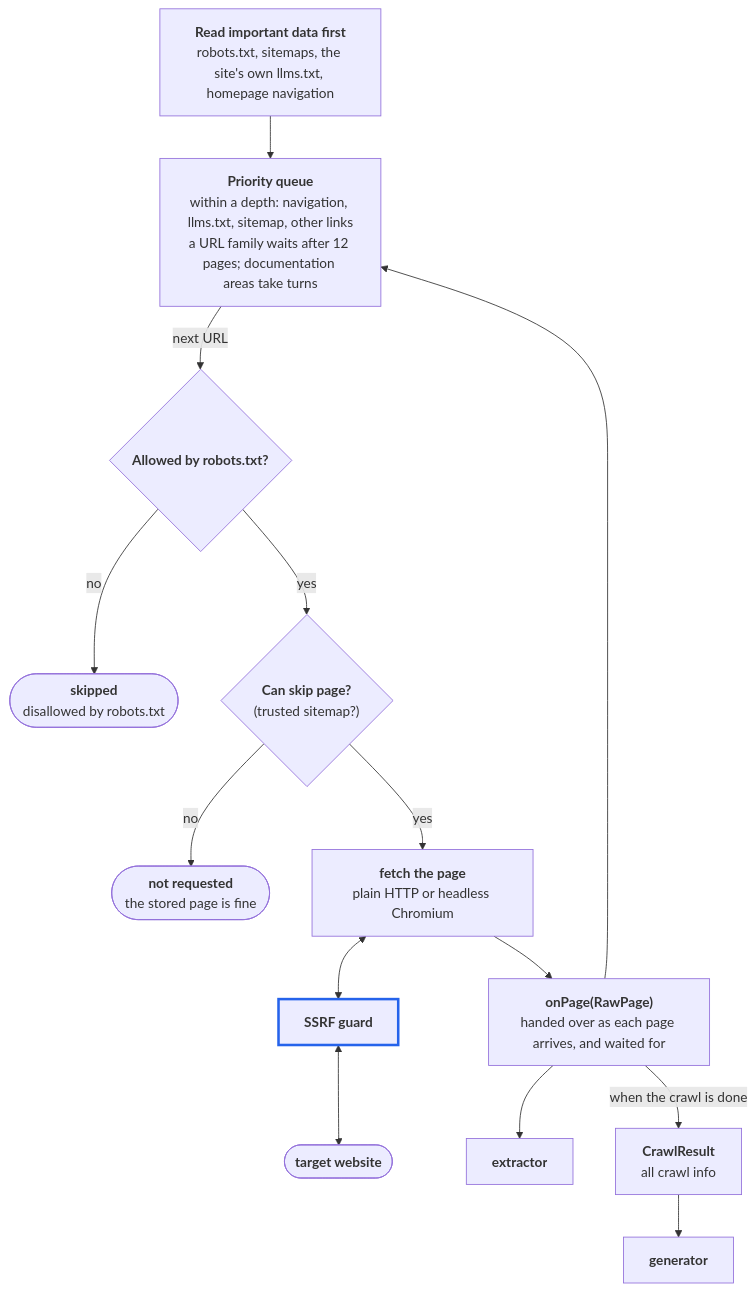
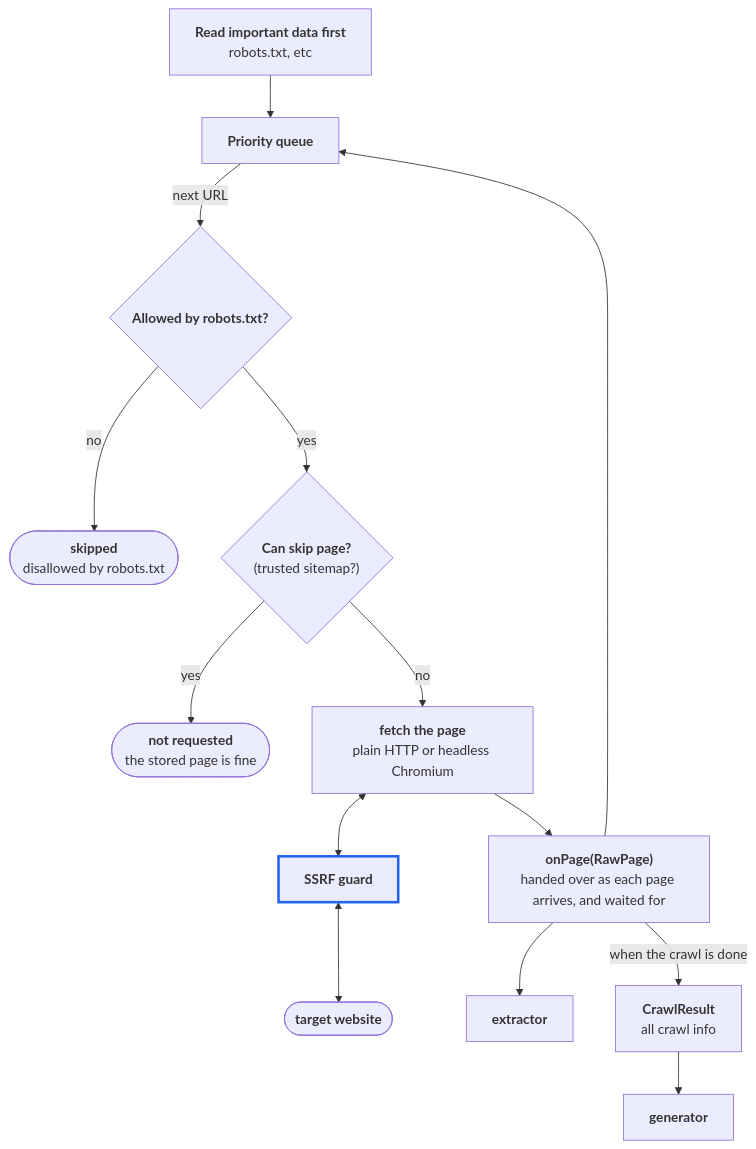
One commit to nevertooserious/llms-txt-ben-lucato changed the third of 8 diagrams in docs/design/README.md. Above: the diagram before and after it, drawn with Mermaid. The commit also changed other lines of this file, not shown here.

First line of the commit message:
Trim the system overview and crawler diagrams

````diff
--- a/docs/design/README.md
+++ b/docs/design/README.md
@@ -63,32 +63,32 @@
 ```mermaid
 flowchart TD
-  discover["<b>Read important data first</b><br/>robots.txt, sitemaps, the site's own llms.txt, homepage navigation"]
-  frontier["<b>Priority queue</b><br/>within a depth: navigation, llms.txt, sitemap, other links<br/>a URL family waits after 12 pages; documentation areas take turns"]
+  discover["<b>Read important data first</b><br/>robots.txt, etc"]
+  frontier["<b>Priority queue</b>"]
   allowed{"<b>Allowed by robots.txt?</b>"}
   skipped(["<b>skipped</b><br/>disallowed by robots.txt"])
   needed{"<b>Can skip page?</b><br/>(trusted sitemap?)"}
   notRequested(["<b>not requested</b><br/>the stored page is fine"])
   fetch["<b>fetch the page</b><br/>plain HTTP or headless Chromium<br/>"]
   guard["<b>SSRF guard</b>"]
   site(["<b>target website</b>"])
   onPage["<b>onPage(RawPage)</b><br/>handed over as each page arrives, and waited for"]
   workerStore["<b>extractor</b>"]
   result["<b>CrawlResult</b><br/> all crawl info"]
   workerGate["<b>generator</b>"]
 
   discover --> frontier
   frontier -- "next URL" --> allowed
   allowed -- "no" --> skipped
   allowed -- "yes" --> needed
-  needed -- "no" --> notRequested
-  needed -- "yes" --> fetch
+  needed -- "yes" --> notRequested
+  needed -- "no" --> fetch
   fetch <--> guard
   guard <--> site
   fetch --> onPage
   onPage --> workerStore
   onPage  --> frontier
   onPage -- "when the crawl is done" --> result
   result --> workerGate
 
   style guard stroke:#2563eb,stroke-width:3px
 ```
````
